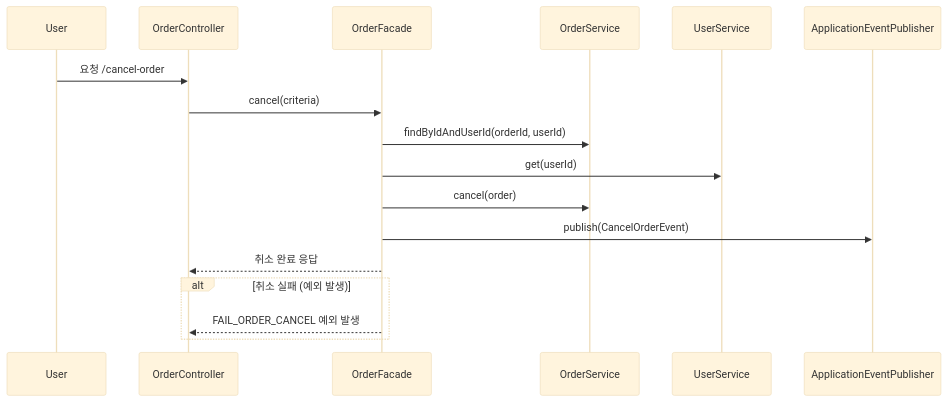
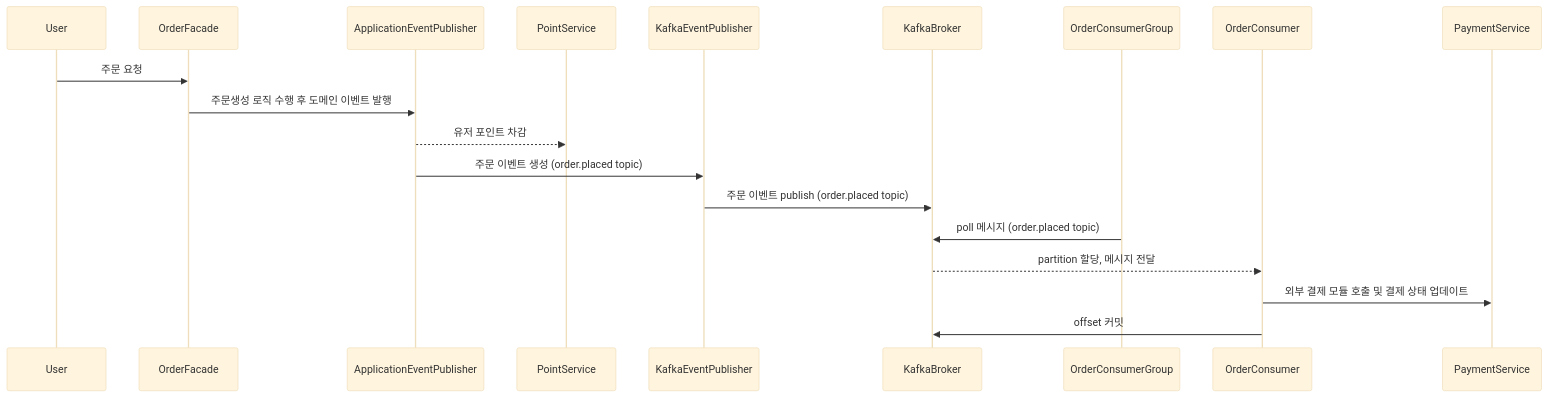
Before and after one commit to everysoon/hhplus-e-commerce: the second of 2 diagrams in docs/report/대용량_트래픽_설계문서.md, drawn with Mermaid (base theme). The commit also changed other lines of this file, not shown here.

````diff
--- a/docs/report/대용량_트래픽_설계문서.md
+++ b/docs/report/대용량_트래픽_설계문서.md
@@ -96,23 +62,15 @@
 ```mermaid
 sequenceDiagram
-    participant User
-    participant OrderController
-    participant OrderFacade
-    participant OrderService
-    participant UserService
-    participant ApplicationEventPublisher
+    %% 주문 처리 흐름
+    User->>OrderFacade: 주문 요청
+    OrderFacade->>ApplicationEventPublisher: 주문생성 로직 수행 후 도메인 이벤트 발행 
+    ApplicationEventPublisher-->>PointService: 유저 포인트 차감
+    ApplicationEventPublisher->>KafkaEventPublisher: 주문 이벤트 생성 (order.placed topic)
+    KafkaEventPublisher->>KafkaBroker: 주문 이벤트 publish (order.placed topic)
 
-    %% 주문 취소 흐름
-    User ->> OrderController: 요청 /cancel-order
-    OrderController ->> OrderFacade: cancel(criteria)
-    OrderFacade ->> OrderService: findByIdAndUserId(orderId, userId)
-    OrderFacade ->> UserService: get(userId)
-    OrderFacade ->> OrderService: cancel(order)
-    OrderFacade ->> ApplicationEventPublisher: publish(CancelOrderEvent)
-    OrderFacade -->> OrderController: 취소 완료 응답
-
-    alt 취소 실패 (예외 발생)
-        OrderFacade -->> OrderController: FAIL_ORDER_CANCEL 예외 발생
-    end
-
+    %% Consumer Group 처리
+    OrderConsumerGroup->>KafkaBroker: poll 메시지 (order.placed topic)
+    KafkaBroker-->>OrderConsumer: partition 할당, 메시지 전달
+    OrderConsumer->> PaymentService: 외부 결제 모듈 호출 및 결제 상태 업데이트 
+    OrderConsumer->>KafkaBroker: offset 커밋
 ```
````
